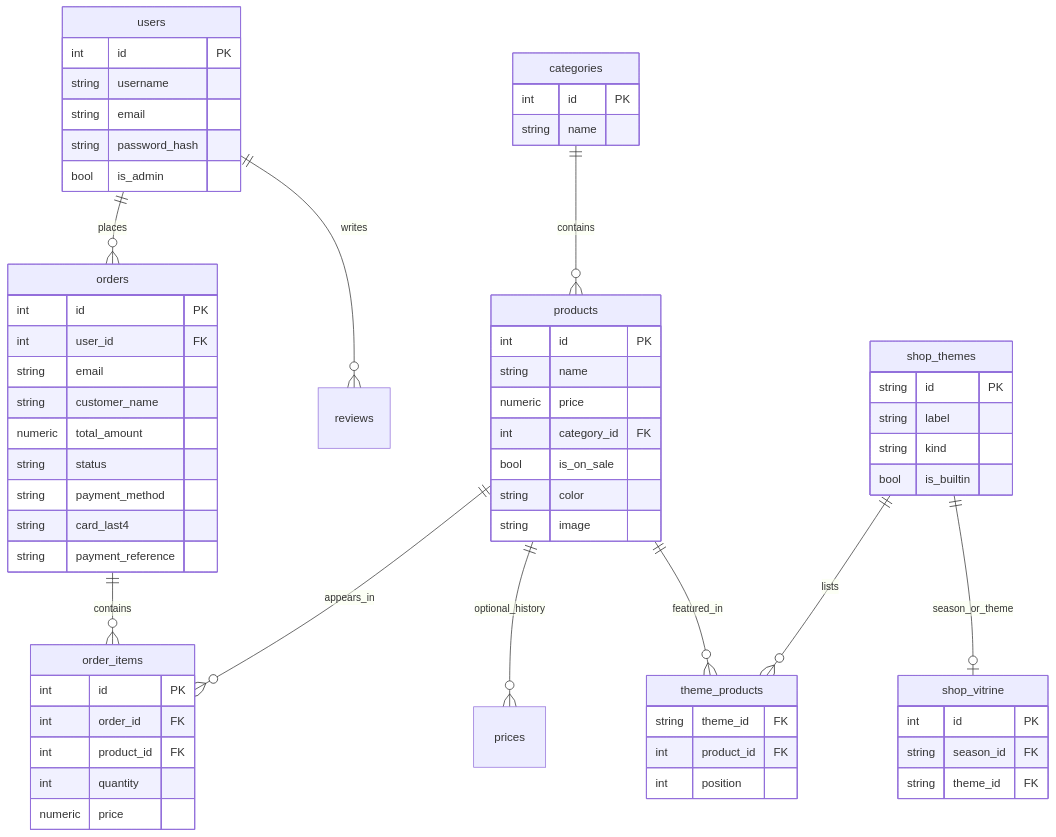
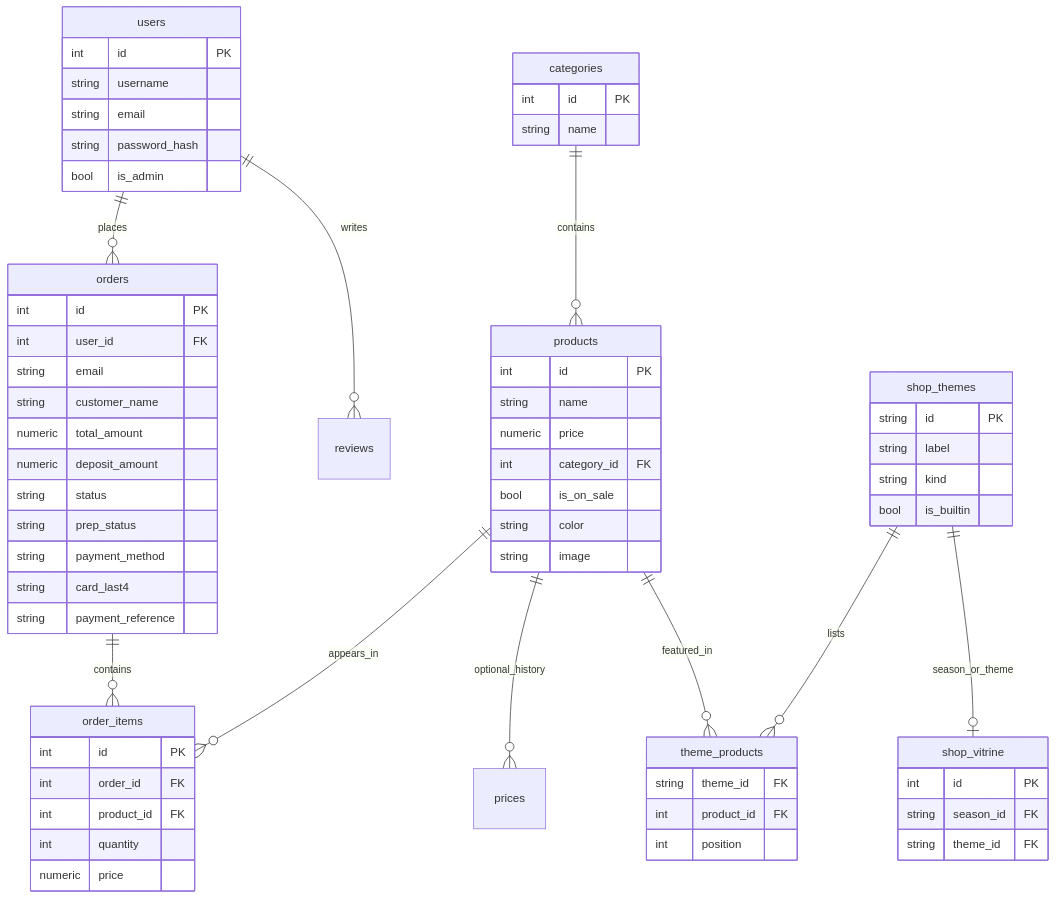
Before and after one commit to Issercio/Demo-day: the second of 3 diagrams in README.md, drawn with Mermaid. The commit also changed other lines of this file and 11 other files, not shown here.

````diff
--- a/README.md
+++ b/README.md
@@ -197,67 +197,69 @@
 ```mermaid
 erDiagram
   users ||--o{ orders : places
   users ||--o{ reviews : writes
   categories ||--o{ products : contains
   products ||--o{ order_items : appears_in
   orders ||--o{ order_items : contains
   products ||--o{ prices : optional_history
   shop_themes ||--o{ theme_products : lists
   products ||--o{ theme_products : featured_in
   shop_themes ||--o| shop_vitrine : season_or_theme
 
   users {
     int id PK
     string username
     string email
     string password_hash
     bool is_admin
   }
   categories {
     int id PK
     string name
   }
   products {
     int id PK
     string name
     numeric price
     int category_id FK
     bool is_on_sale
     string color
     string image
   }
   shop_themes {
     string id PK
     string label
     string kind
     bool is_builtin
   }
   theme_products {
     string theme_id FK
     int product_id FK
     int position
   }
   shop_vitrine {
     int id PK
     string season_id FK
     string theme_id FK
   }
   orders {
     int id PK
     int user_id FK
     string email
     string customer_name
     numeric total_amount
+    numeric deposit_amount
     string status
+    string prep_status
     string payment_method
     string card_last4
     string payment_reference
   }
   order_items {
     int id PK
     int order_id FK
     int product_id FK
     int quantity
     numeric price
   }
 ```
````
